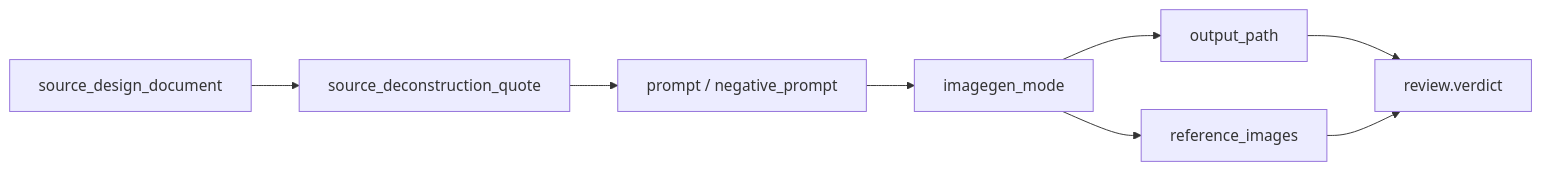
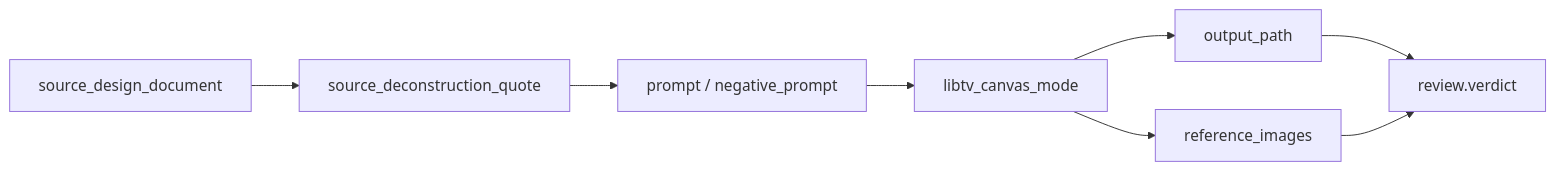
Before and after one commit to ZEN-VOID/AI-CUT: the diagram in .agents/skills/aigc/3-主体/场景/3-生成/references/scene-generation-contract.md, drawn with Mermaid. The commit also changed other lines of this file and 439 other files, not shown here.

````diff
--- a/.agents/skills/aigc/3-主体/场景/3-生成/references/scene-generation-contract.md
+++ b/.agents/skills/aigc/3-主体/场景/3-生成/references/scene-generation-contract.md
@@ -91,10 +103,10 @@
 ```mermaid
 flowchart LR
     A["source_design_document"] --> B["source_deconstruction_quote"]
     B --> C["prompt / negative_prompt"]
-    C --> D["imagegen_mode"]
+    C --> D["libtv_canvas_mode"]
     D --> E["output_path"]
     E --> F["review.verdict"]
     D --> G["reference_images"]
     G --> F
 ```
````
